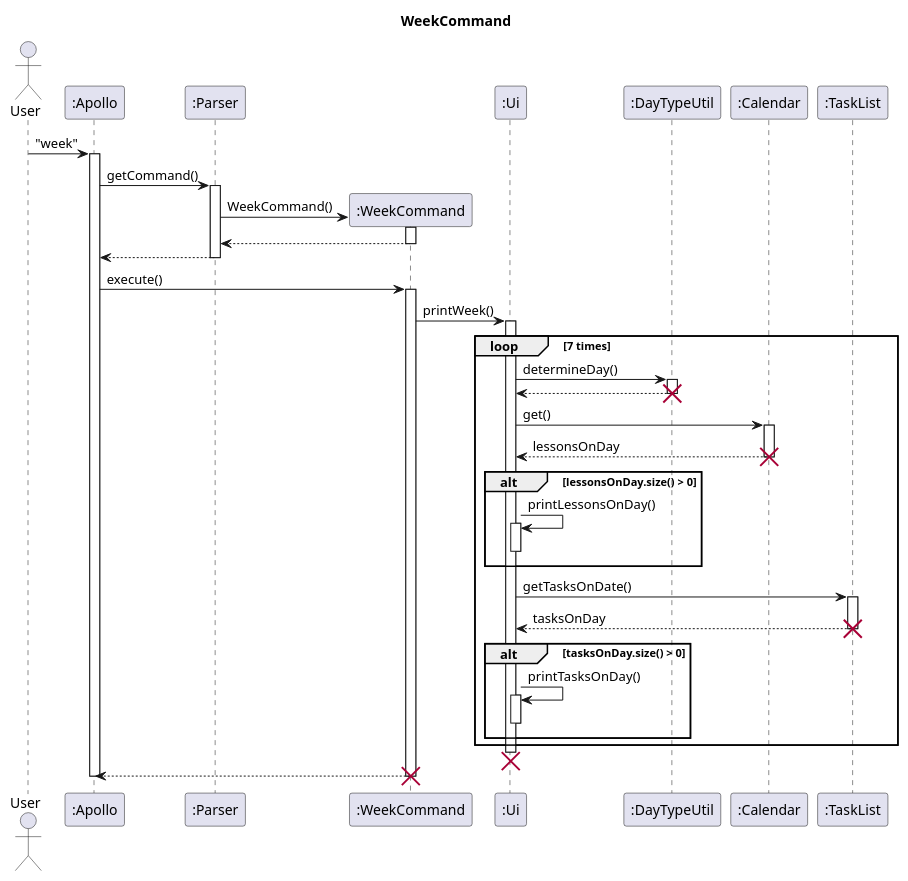
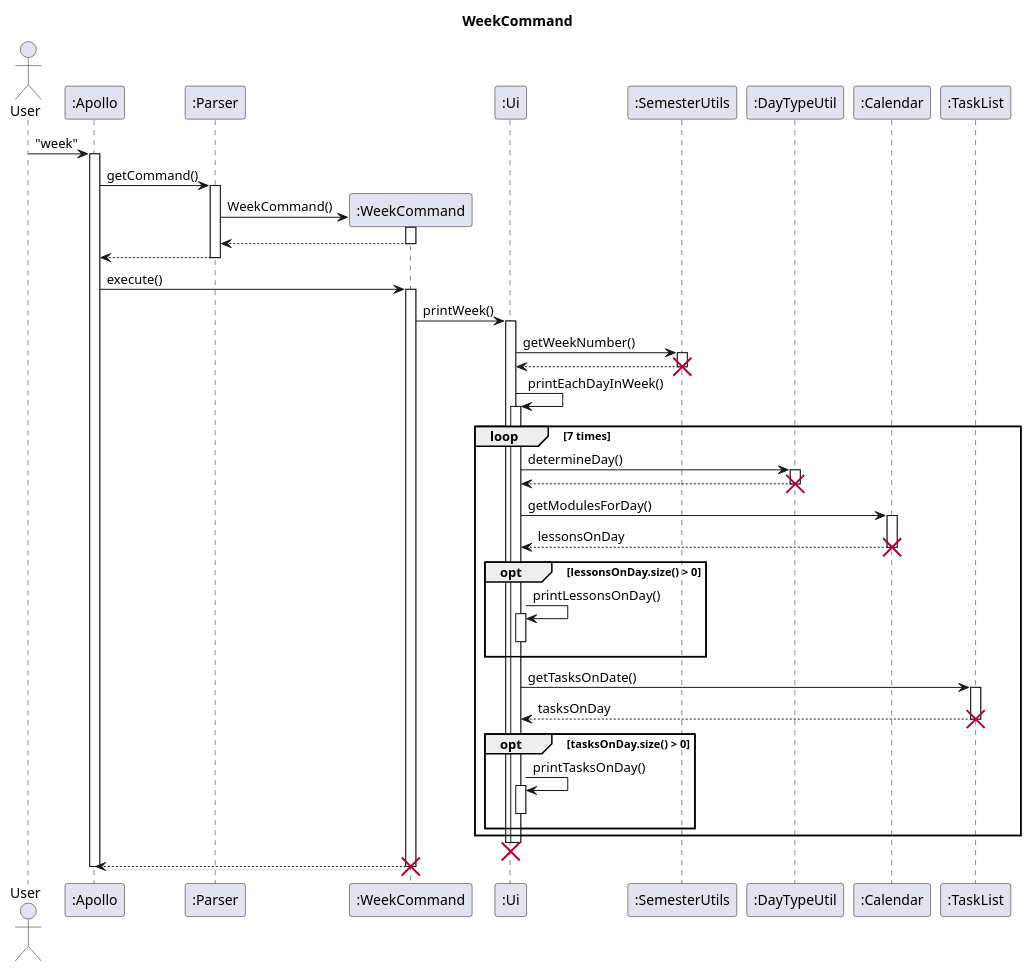
The diagram in docs/uml-source/sequence/Week.puml (nus-cs2113-AY2223S2/tp), drawn with PlantUML before and after one commit. The commit also changed 5 other files, not shown here.

```diff
--- a/docs/uml-source/sequence/Week.puml
+++ b/docs/uml-source/sequence/Week.puml
@@ -1,62 +1,66 @@
 @startuml
 'https://plantuml.com/sequence-diagram
 
 title WeekCommand
 
 actor User
 participant ":Apollo" as Apollo
 participant ":Parser" as Parser
 participant ":WeekCommand" as week
 participant ":Ui" as Ui
+participant ":SemesterUtils" as SemUtils
 participant ":DayTypeUtil" as DayTypeUtil
 participant ":Calendar" as Calendar
 participant ":TaskList" as TaskList
 
 User -> Apollo : "week"
 activate Apollo
 Apollo -> Parser : getCommand()
 activate Parser
 Parser -> week** : WeekCommand()
 week++
 return
 return
 
 Apollo -> week : execute()
 activate week
 
 
 week -> Ui : printWeek()
 activate Ui
+Ui -> SemUtils++ : getWeekNumber()
+return
+destroy SemUtils
+Ui -> Ui++ : printEachDayInWeek()
 
 loop 7 times
     Ui -> DayTypeUtil : determineDay()
     activate DayTypeUtil
     return
     destroy DayTypeUtil
 
-    Ui -> Calendar : get()
+    Ui -> Calendar : getModulesForDay()
     activate Calendar
     Calendar --> Ui : lessonsOnDay
     destroy Calendar
-    alt lessonsOnDay.size() > 0
-    Ui -> Ui : printLessonsOnDay()
-    activate Ui
+    opt lessonsOnDay.size() > 0
+    Ui -> Ui++ : printLessonsOnDay()
     deactivate Ui
     end
 
     Ui -> TaskList : getTasksOnDate()
     activate TaskList
     TaskList --> Ui : tasksOnDay
     destroy TaskList
-    alt tasksOnDay.size() > 0
-    Ui -> Ui : printTasksOnDay()
-    activate Ui
+    opt tasksOnDay.size() > 0
+    Ui -> Ui++ : printTasksOnDay()
     deactivate Ui
     end
 end
+Ui--
 destroy Ui
 week --> Apollo
 destroy week
 Apollo--
 
 @enduml
```
